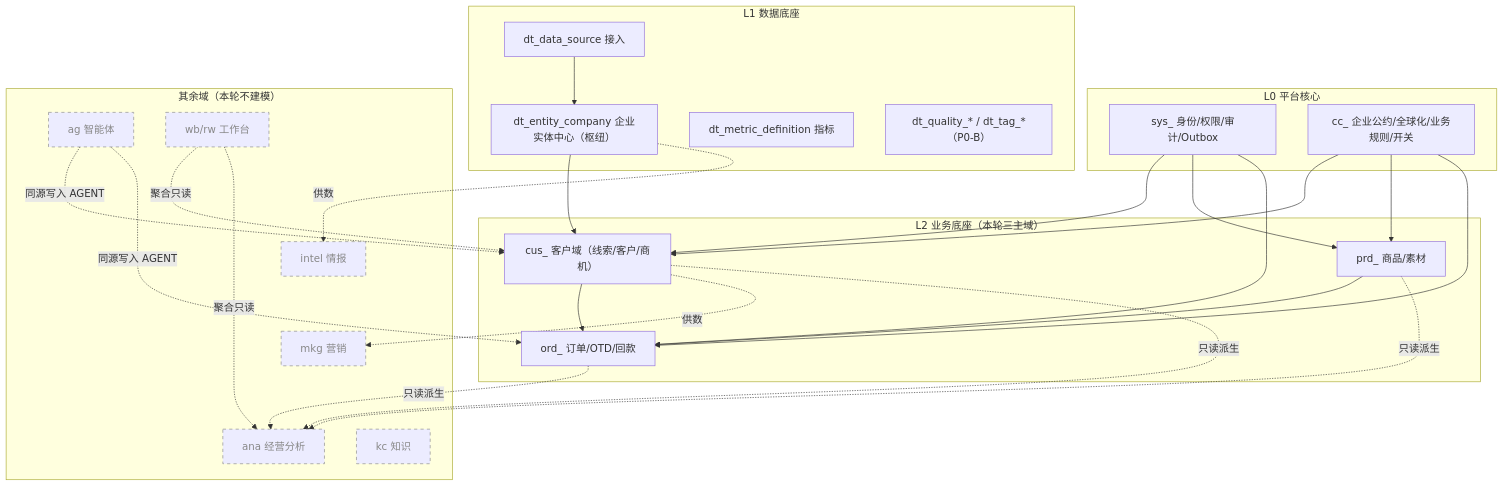
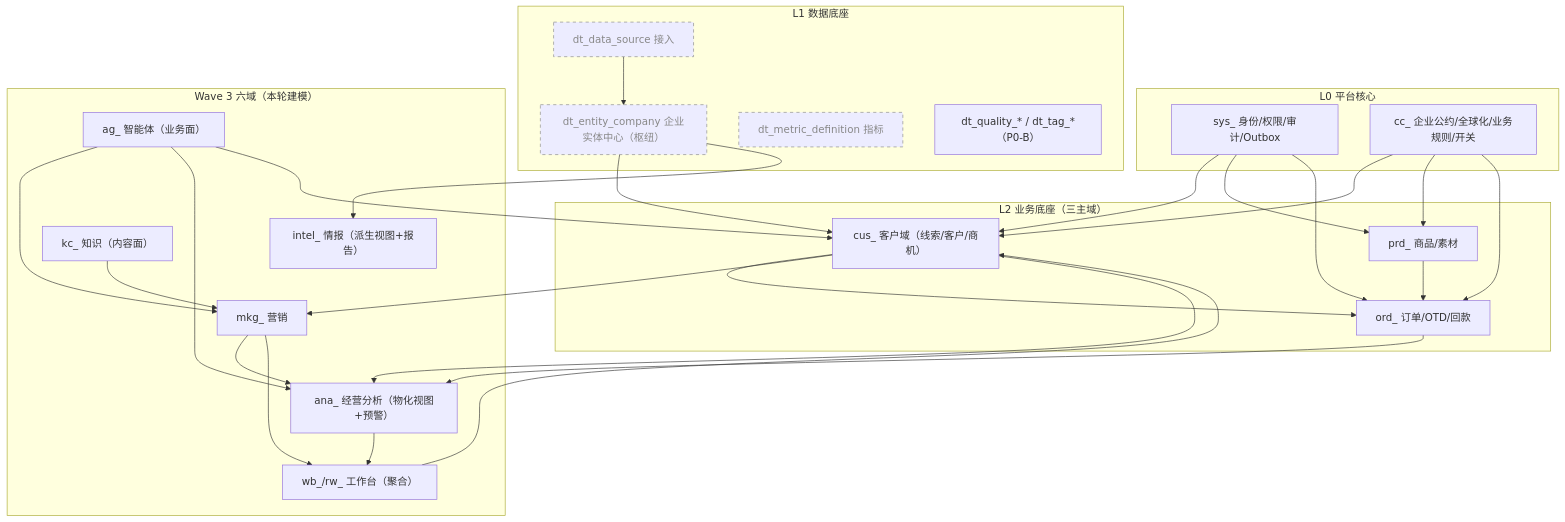
One commit to Welch-Qi/lingxi2.0 changed the first of 2 diagrams in lingxi-docs/02-data/概念数据模型-总览.md. Above: the diagram before and after it, drawn with Mermaid. The commit also changed other lines of this file and 476 other files, not shown here.

````diff
--- a/lingxi-docs/02-data/概念数据模型-总览.md
+++ b/lingxi-docs/02-data/概念数据模型-总览.md
@@ -49,48 +57,52 @@
 ```mermaid
 flowchart TB
   subgraph L0["L0 平台核心"]
     SYS["sys_ 身份/权限/审计/Outbox"]
     CC["cc_ 企业公约/全球化/业务规则/开关"]
   end
   subgraph L1["L1 数据底座"]
     ENT["dt_entity_company 企业实体中心（枢纽）"]
     MET["dt_metric_definition 指标"]
     SRC["dt_data_source 接入"]
     QUAL["dt_quality_* / dt_tag_*（P0-B）"]
   end
-  subgraph L2["L2 业务底座（本轮三主域）"]
+  subgraph L2["L2 业务底座（三主域）"]
     CUS["cus_ 客户域（线索/客户/商机）"]
     PRD["prd_ 商品/素材"]
     ORD["ord_ 订单/OTD/回款"]
   end
-  subgraph FUT["其余域（本轮不建模）"]
-    MKG["mkg 营销"]:::dim
-    INTEL["intel 情报"]:::dim
-    ANA["ana 经营分析"]:::dim
-    AG["ag 智能体"]:::dim
-    KC["kc 知识"]:::dim
-    WB["wb/rw 工作台"]:::dim
+  subgraph W3["Wave 3 六域（本轮建模）"]
+    MKG["mkg_ 营销"]
+    INTEL["intel_ 情报（派生视图+报告）"]
+    ANA["ana_ 经营分析（物化视图+预警）"]
+    AG["ag_ 智能体（业务面）"]
+    KC["kc_ 知识（内容面）"]
+    WB["wb_/rw_ 工作台（聚合）"]
   end
 
   SYS --> CUS
   SYS --> PRD
   SYS --> ORD
   CC --> CUS
   CC --> PRD
   CC --> ORD
   SRC --> ENT
   ENT --> CUS
   CUS --> ORD
   PRD --> ORD
-  ENT -.->|供数| INTEL
-  CUS -.->|供数| MKG
-  ORD -.->|只读派生| ANA
-  CUS -.->|只读派生| ANA
-  PRD -.->|只读派生| ANA
-  AG -.->|同源写入 AGENT| CUS
-  AG -.->|同源写入 AGENT| ORD
-  WB -.->|聚合只读| CUS
-  WB -.->|聚合只读| ANA
+  ENT --> INTEL
+  CUS --> MKG
+  KC --> MKG
+  MKG --> ANA
+  CUS --> ANA
+  ORD --> ANA
+  AG --> MKG
+  AG --> ANA
+  AG --> CUS
+  ANA --> WB
+  MKG --> WB
+  WB --> CUS
 
-  classDef dim stroke:#888,stroke-dasharray:5 5,color:#888;
+  classDef src stroke:#888,stroke-dasharray:5 5,color:#888;
+  class ENT,SRC,MET src;
 ```
````
